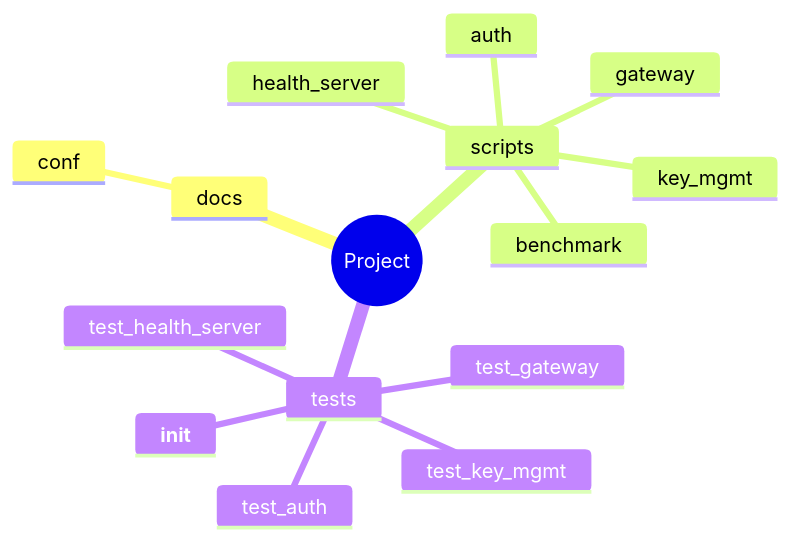
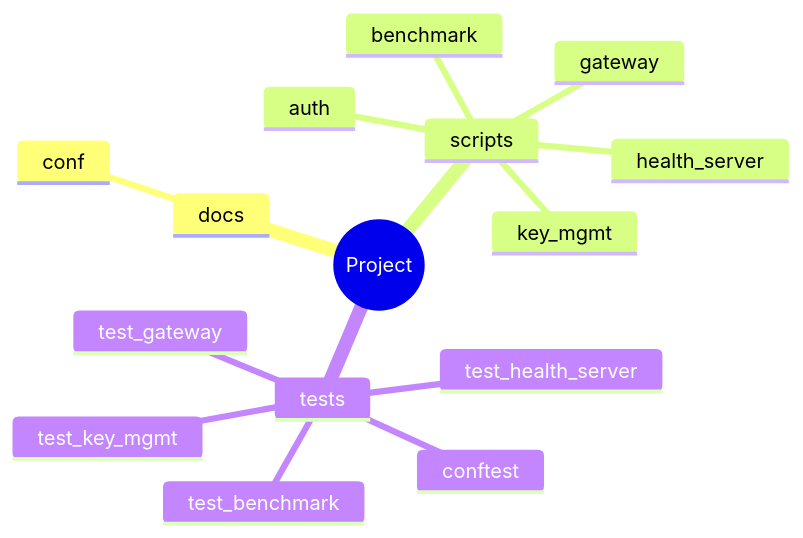
One commit to zepfu/llama-gguf-inference changed the fifth of 8 diagrams in docs/auto/ARCHITECTURE_AUTO.md. Above: the diagram before and after it, drawn with Mermaid. The commit also changed other lines of this file and 2 other files, not shown here.

````diff
--- a/docs/auto/ARCHITECTURE_AUTO.md
+++ b/docs/auto/ARCHITECTURE_AUTO.md
@@ -176,18 +169,18 @@
 ```mermaid
 mindmap
   root((Project))
     docs
       conf
     scripts
+      key_mgmt
       gateway
-      key_mgmt
+      health_server
       benchmark
       auth
-      health_server
     tests
-      __init__
+      test_health_server
+      conftest
+      test_gateway
+      test_benchmark
       test_key_mgmt
-      test_auth
-      test_health_server
-      test_gateway
 ```
````
